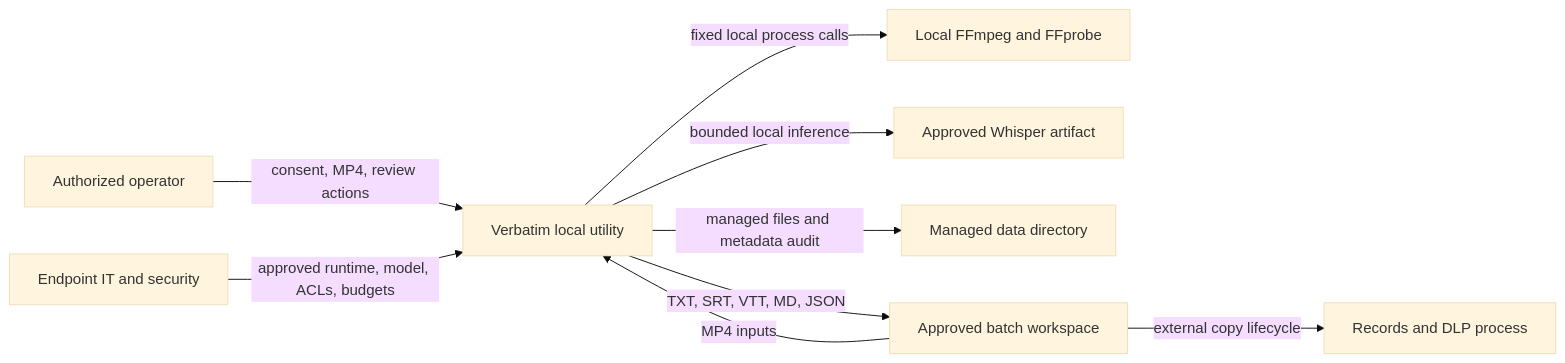
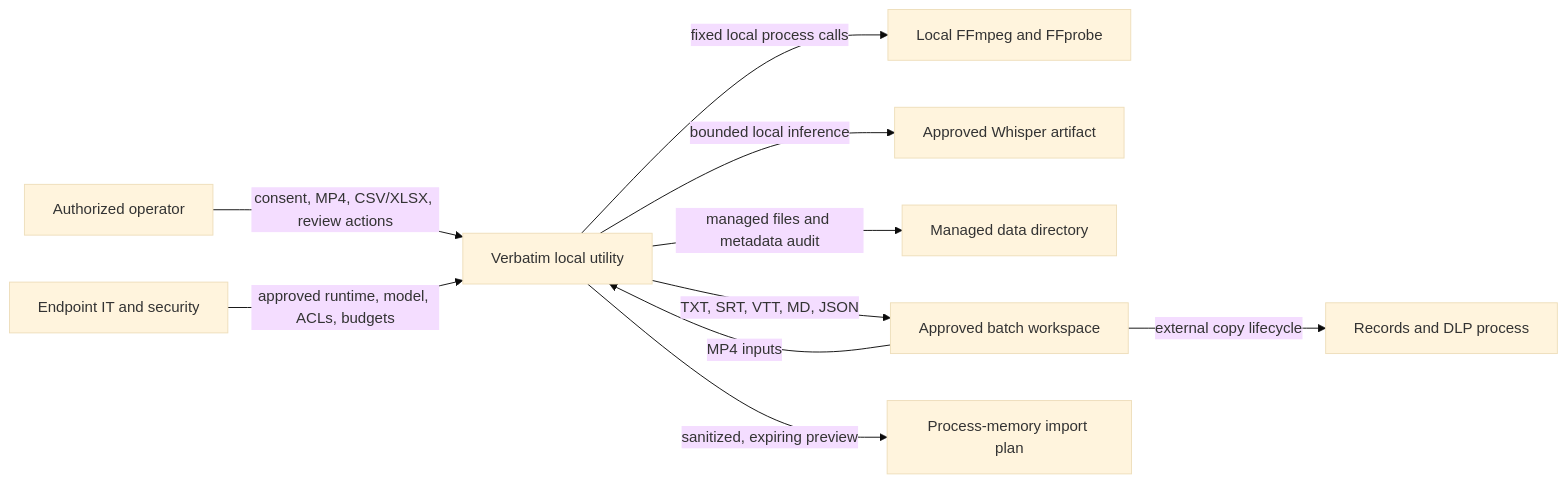
One commit to muammarlone/Verbatim changed the diagram in diagrams/l1-system-context.mmd. Above: the diagram before and after it, drawn with Mermaid (base theme). The commit also changed 41 other files, not shown here.

```diff
--- a/diagrams/l1-system-context.mmd
+++ b/diagrams/l1-system-context.mmd
@@ -1,9 +1,10 @@
 graph LR
-  Operator["Authorized operator"] -->|"consent, MP4, review actions"| Verbatim["Verbatim local utility"]
+  Operator["Authorized operator"] -->|"consent, MP4, CSV/XLSX, review actions"| Verbatim["Verbatim local utility"]
   IT["Endpoint IT and security"] -->|"approved runtime, model, ACLs, budgets"| Verbatim
   Verbatim -->|"fixed local process calls"| Media["Local FFmpeg and FFprobe"]
   Verbatim -->|"bounded local inference"| Whisper["Approved Whisper artifact"]
   Verbatim -->|"managed files and metadata audit"| Managed["Managed data directory"]
   Workspace["Approved batch workspace"] -->|"MP4 inputs"| Verbatim
   Verbatim -->|"TXT, SRT, VTT, MD, JSON"| Workspace
   Workspace -->|"external copy lifecycle"| Records["Records and DLP process"]
+  Verbatim -->|"sanitized, expiring preview"| Plan["Process-memory import plan"]
```
